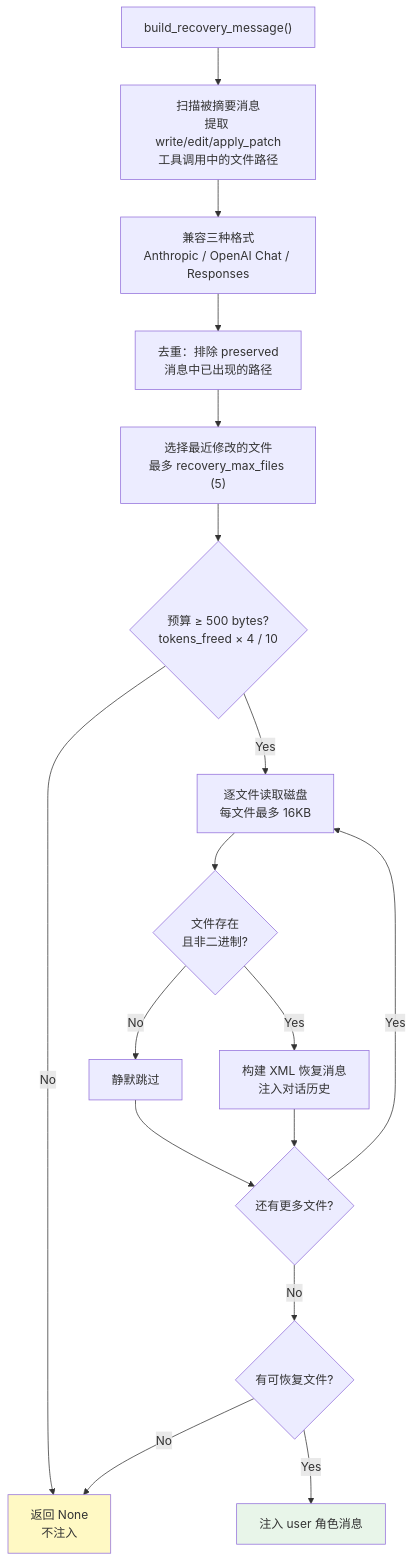
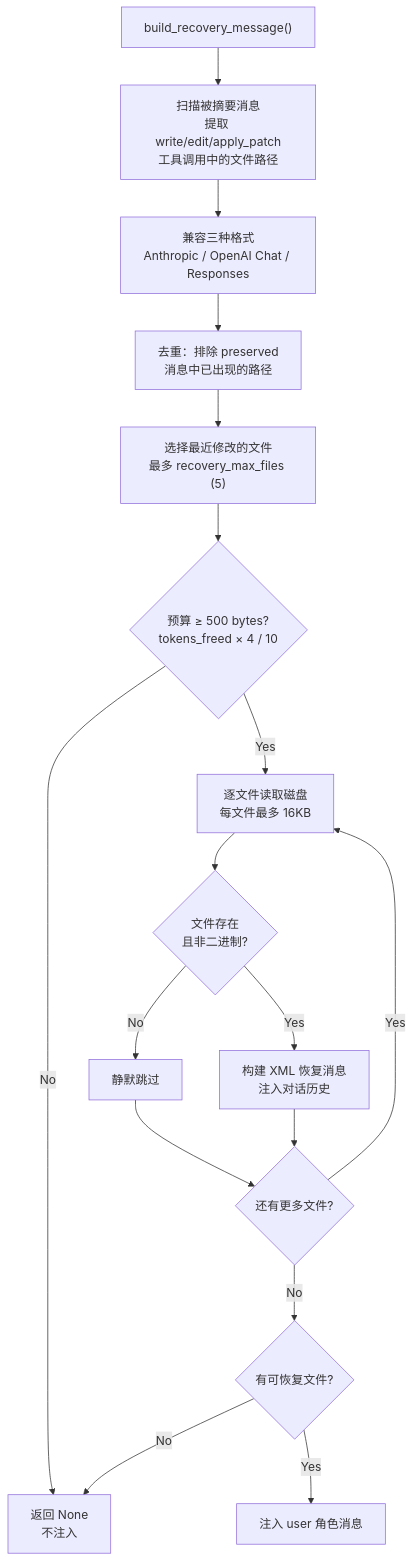
One commit to shiwenwen/hope-agent changed the third of 3 diagrams in docs/architecture/context-compact.md. Above: the diagram before and after it, drawn with Mermaid. The commit also changed other lines of this file and 13 other files, not shown here.

First line of the commit message:
docs: 移除 mermaid 图表中的自定义背景色填充

````diff
--- a/docs/architecture/context-compact.md
+++ b/docs/architecture/context-compact.md
@@ -201,21 +197,19 @@
 ```mermaid
 flowchart TD
     Start["build_recovery_message()"] --> Scan["扫描被摘要消息<br/>提取 write/edit/apply_patch<br/>工具调用中的文件路径"]
     Scan --> Compat["兼容三种格式<br/>Anthropic / OpenAI Chat / Responses"]
     Compat --> Dedup["去重：排除 preserved<br/>消息中已出现的路径"]
     Dedup --> Select["选择最近修改的文件<br/>最多 recovery_max_files (5)"]
     Select --> Budget{"预算 ≥ 500 bytes?<br/>tokens_freed × 4 / 10"}
     Budget -- No --> None["返回 None<br/>不注入"]
     Budget -- Yes --> ReadDisk["逐文件读取磁盘<br/>每文件最多 16KB"]
     ReadDisk --> CheckFile{"文件存在<br/>且非二进制?"}
     CheckFile -- No --> SkipFile["静默跳过"]
     CheckFile -- Yes --> Inject["构建 XML 恢复消息<br/>注入对话历史"]
     SkipFile --> CheckMore{"还有更多文件?"}
     CheckMore -- Yes --> ReadDisk
     CheckMore -- No --> FinalCheck
     Inject --> CheckMore
     FinalCheck{"有可恢复文件?"} -- Yes --> Return["注入 user 角色消息"]
     FinalCheck -- No --> None
-    style Return fill:#e8f5e9
-    style None fill:#fff9c4
 ```
````
